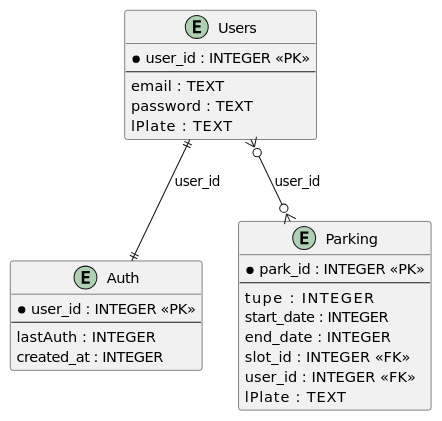
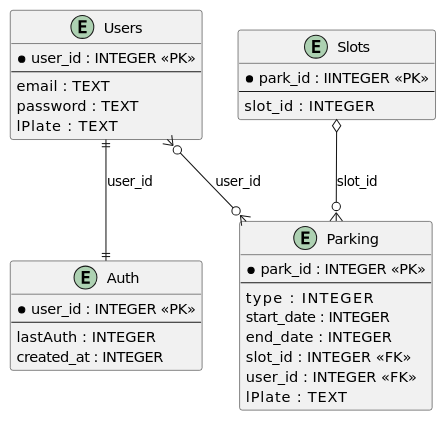
One commit to Field-Effect-Transistor/cautious-winner changed the diagram in server/database/diagram.puml. Above: the diagram before and after it, drawn with PlantUML. The commit also changed 16 other files, not shown here.

```diff
--- a/server/database/diagram.puml
+++ b/server/database/diagram.puml
@@ -1,31 +1,38 @@
 @startuml database
 
 entity "Users" as users {
     * user_id   : INTEGER <<PK>>
     --
     email    : TEXT
     password    : TEXT
     lPlate      : TEXT
 }
 
 entity "Auth" as auth {
     * user_id   : INTEGER <<PK>>
     --
     lastAuth    : INTEGER
     created_at  : INTEGER
 }
 
 entity "Parking" as parking {
     * park_id   : INTEGER <<PK>>
     --
-    tupe        : INTEGER
+    type        : INTEGER
     start_date  : INTEGER
     end_date    : INTEGER
     slot_id     : INTEGER <<FK>>
     user_id     : INTEGER <<FK>>
     lPlate      : TEXT
 }
 
+entity "Slots" as slots {
+    * park_id   : IINTEGER <<PK>>
+    --
+    slot_id     : INTEGER 
+}
+
 users }o--o{ parking : "user_id"
 users ||--|| auth   : "user_id"
+slots o--o{ parking : "slot_id"
 @enduml
```
